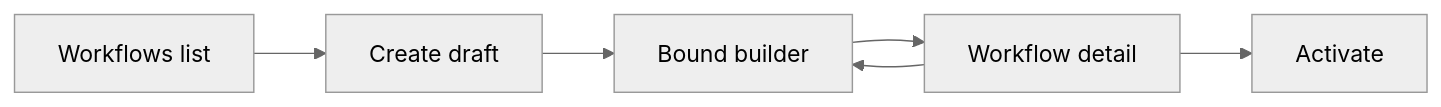
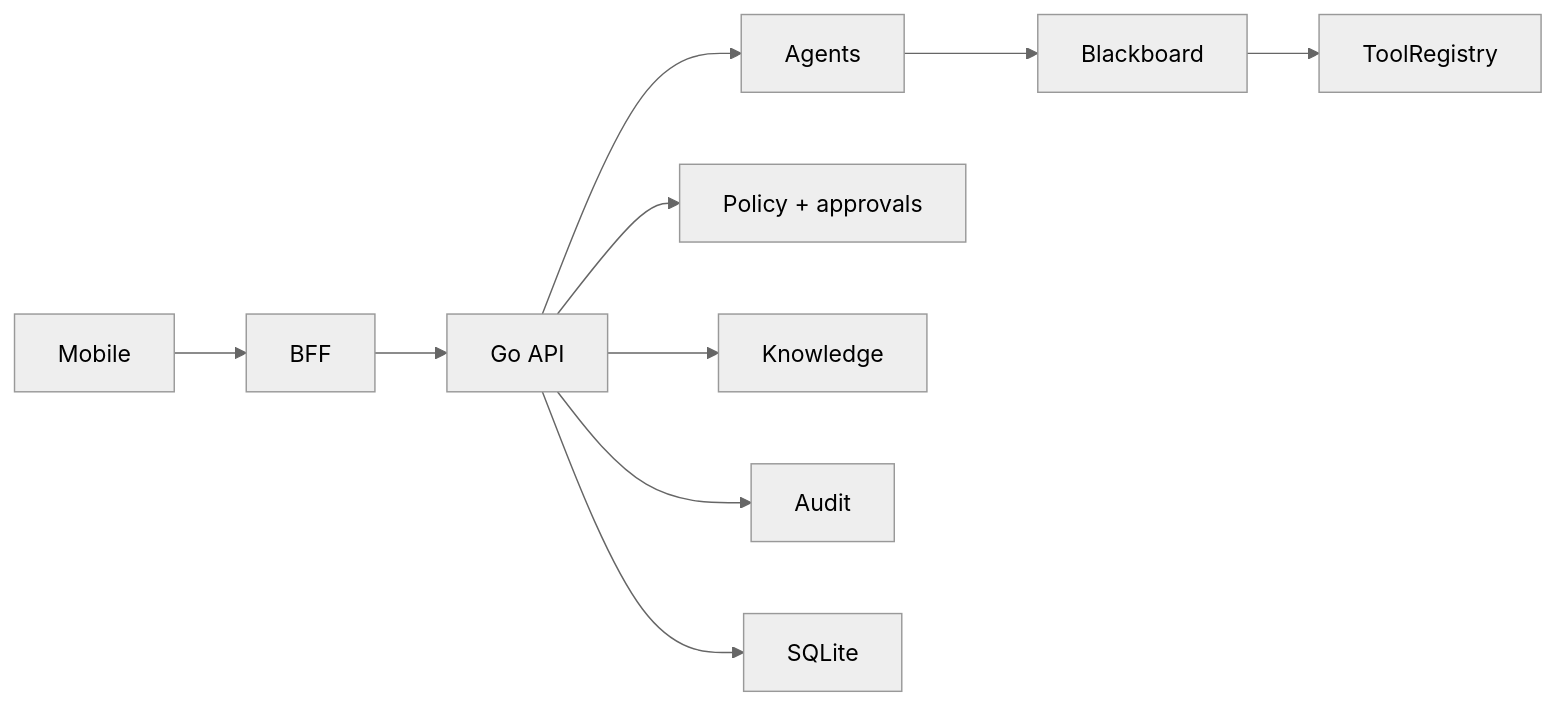
The fourth of 4 diagrams in README.md (krukmat/fenix), drawn with Mermaid (neutral theme) before and after one commit. The commit also changed other lines of this file and 5 other files, not shown here.

````diff
--- a/README.md
+++ b/README.md
@@ -486,8 +138,12 @@
 ```mermaid
 flowchart LR
-    L[Workflows list] --> C[Create draft]
-    C --> B[Bound builder]
-    B --> D[Workflow detail]
-    D --> A[Activate]
-    D --> B
+    MOB[Mobile] --> BFF[BFF]
+    BFF --> API[Go API]
+    API --> AG[Agents]
+    AG --> BB[Blackboard]
+    BB --> TR[ToolRegistry]
+    API --> POL[Policy + approvals]
+    API --> KB[Knowledge]
+    API --> AUD[Audit]
+    API --> DB[SQLite]
 ```
````
